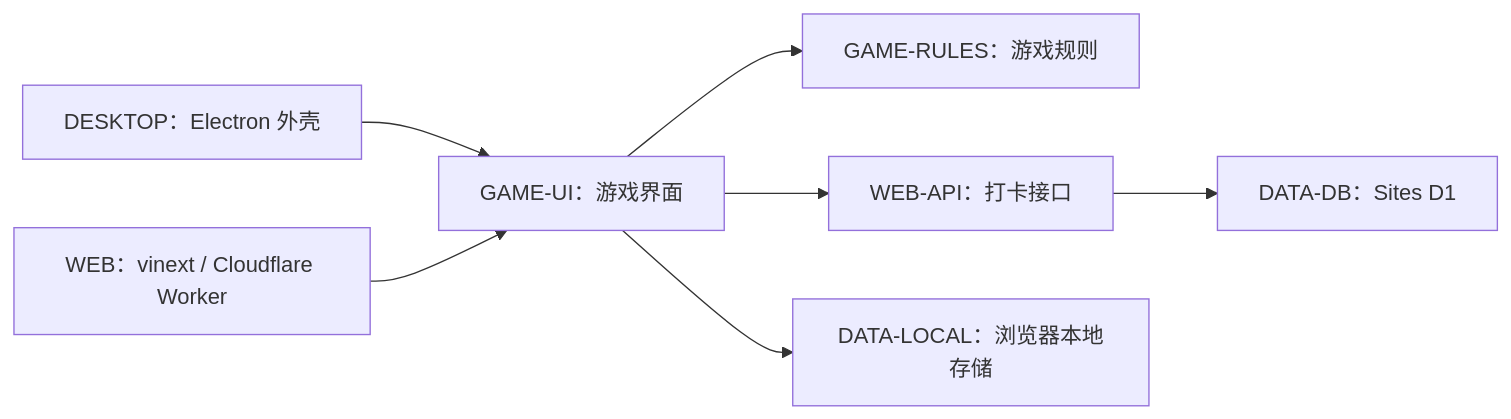
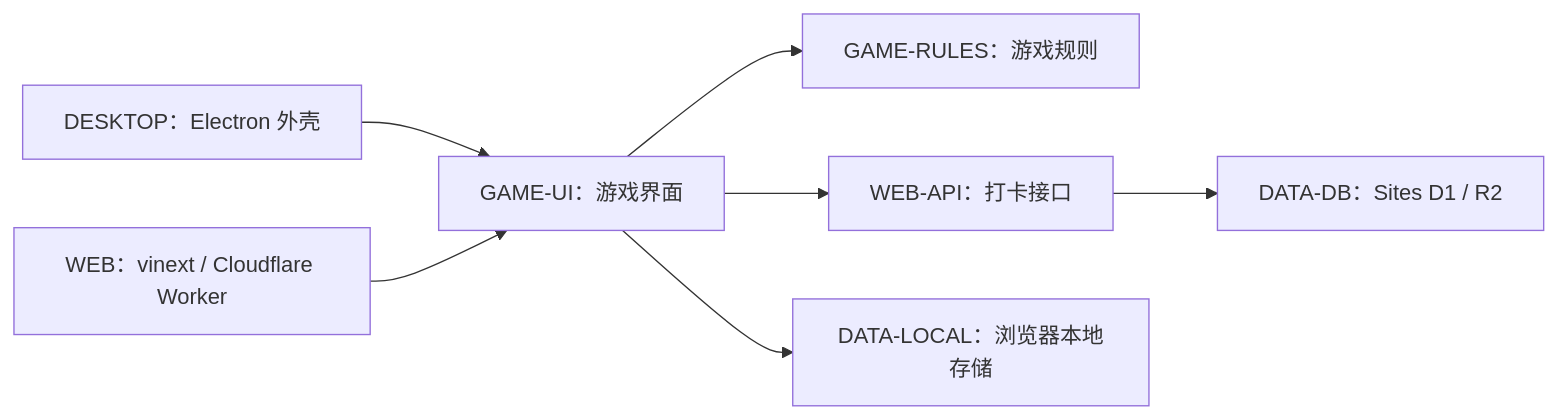
The first of 2 diagrams in docs/ARCHITECTURE.md (daotuidezhong/berry-workout-island), drawn with Mermaid before and after one commit. The commit also changed other lines of this file and 20 other files, not shown here.

````diff
--- a/docs/ARCHITECTURE.md
+++ b/docs/ARCHITECTURE.md
@@ -11,9 +11,9 @@
 ```mermaid
 flowchart LR
     UI["GAME-UI：游戏界面"] --> RULES["GAME-RULES：游戏规则"]
     UI --> WEBAPI["WEB-API：打卡接口"]
-    WEBAPI --> DB["DATA-DB：Sites D1"]
+    WEBAPI --> DB["DATA-DB：Sites D1 / R2"]
     DESKTOP["DESKTOP：Electron 外壳"] --> UI
     UI --> LOCAL["DATA-LOCAL：浏览器本地存储"]
     WEB["WEB：vinext / Cloudflare Worker"] --> UI
 ```
````
